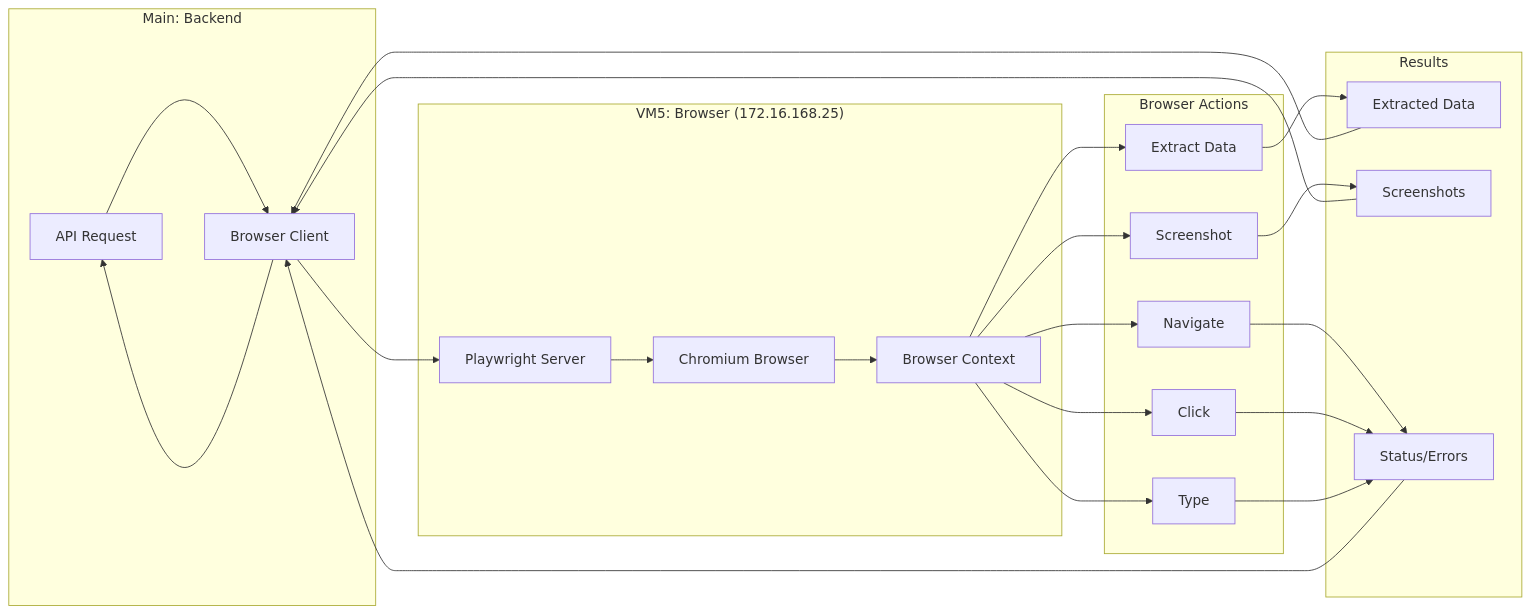
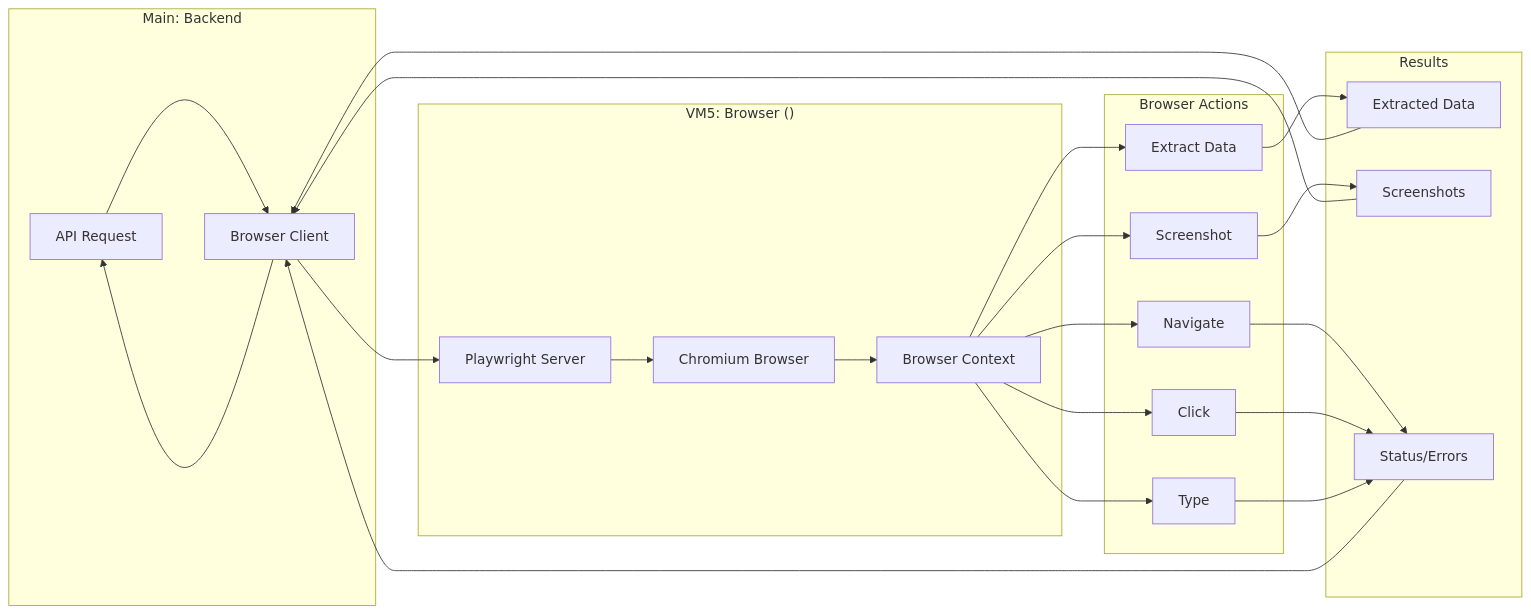
Before and after one commit to mrveiss/AutoBot-AI: the sixth of 8 diagrams in docs/architecture/data-flows.md, drawn with Mermaid. The commit also changed other lines of this file and 150 other files, not shown here.

````diff
--- a/docs/architecture/data-flows.md
+++ b/docs/architecture/data-flows.md
@@ -265,49 +265,49 @@
 ```mermaid
 flowchart LR
     subgraph Backend["Main: Backend"]
         API[API Request]
         Browser_Client[Browser Client]
     end
 
-    subgraph Browser_VM["VM5: Browser (172.16.168.25)"]
+    subgraph Browser_VM["VM5: Browser (<browser-ip>)"]
         Playwright[Playwright Server]
         Chromium[Chromium Browser]
         Context[Browser Context]
     end
 
     subgraph Actions["Browser Actions"]
         Navigate[Navigate]
         Click[Click]
         Type[Type]
         Screenshot[Screenshot]
         Extract[Extract Data]
     end
 
     subgraph Results["Results"]
         Data[Extracted Data]
         Images[Screenshots]
         Status[Status/Errors]
     end
 
     API --> Browser_Client
     Browser_Client --> Playwright
     Playwright --> Chromium
     Chromium --> Context
 
     Context --> Navigate
     Context --> Click
     Context --> Type
     Context --> Screenshot
     Context --> Extract
 
     Navigate --> Status
     Click --> Status
     Type --> Status
     Screenshot --> Images
     Extract --> Data
 
     Data --> Browser_Client
     Images --> Browser_Client
     Status --> Browser_Client
     Browser_Client --> API
 ```
````
